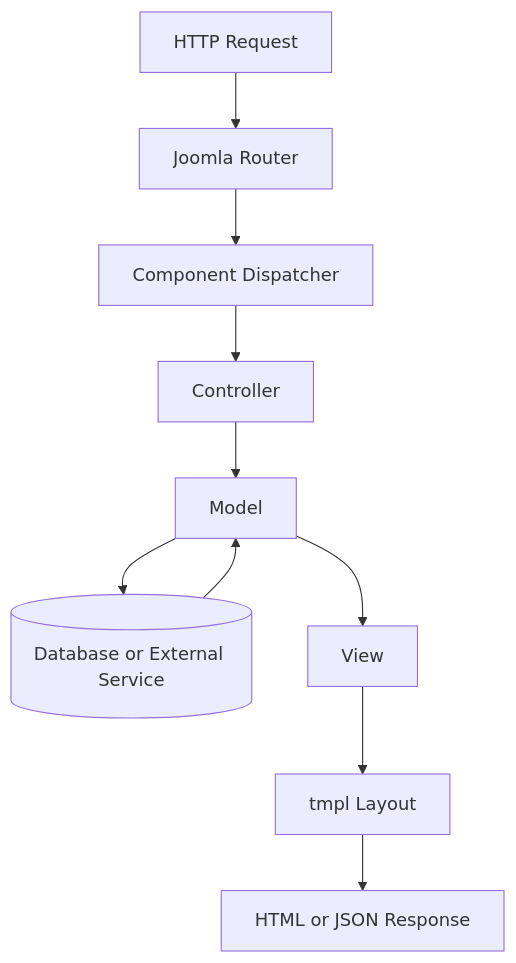
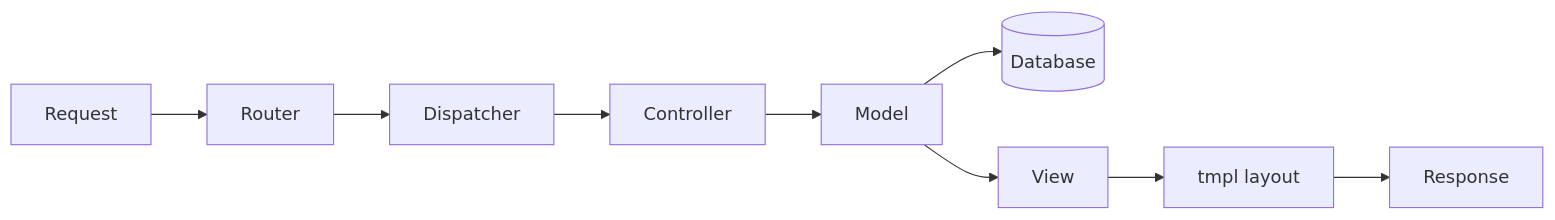
Before and after one commit to duyduyly/php-notebook: the first of 2 diagrams in docs/joomla/learning/extensions/joomla-6-extension-structure.md, drawn with Mermaid. The commit also changed other lines of this file, not shown here.

Commit message:
Restructure Joomla 6 extension guide by extension type

````diff
--- a/docs/joomla/learning/extensions/joomla-6-extension-structure.md
+++ b/docs/joomla/learning/extensions/joomla-6-extension-structure.md
@@ -738,12 +456,11 @@
 ```mermaid
-flowchart TD
-    A[HTTP Request] --> B[Joomla Router]
-    B --> C[Component Dispatcher]
+flowchart LR
+    A[Request] --> B[Router]
+    B --> C[Dispatcher]
     C --> D[Controller]
     D --> E[Model]
-    E --> F[(Database or External Service)]
-    F --> E
+    E --> F[(Database)]
     E --> G[View]
-    G --> H[tmpl Layout]
-    H --> I[HTML or JSON Response]
+    G --> H[tmpl layout]
+    H --> I[Response]
 ```
````
